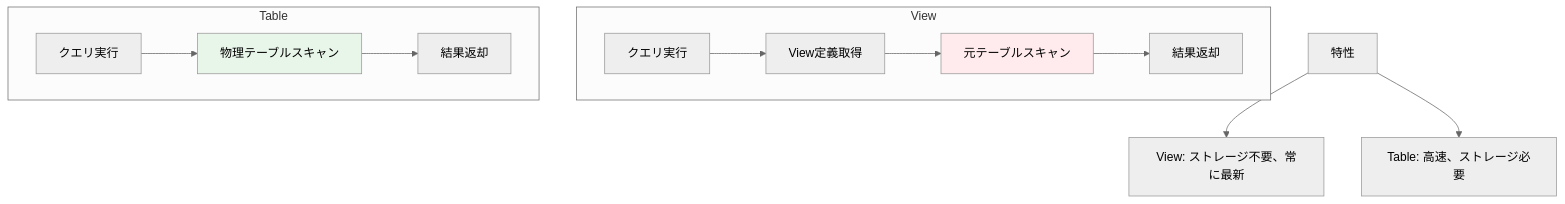
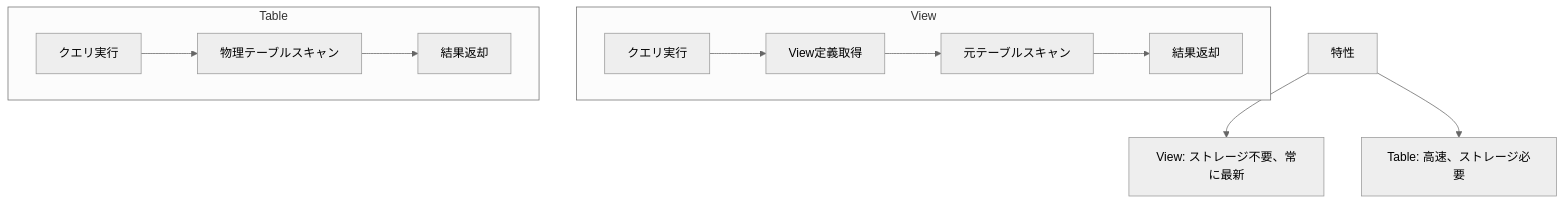
Before and after one commit to 1210yuichi0/1210yuichi0.github.io: the tenth of 12 diagrams in content/Tech/dbt/categories/performance-optimization.md, drawn with Mermaid (neutral theme). The commit also changed other lines of this file and 22 other files, not shown here.

First line of the commit message:
style: remove Mermaid style directives for dark mode compatibility

````diff
--- a/content/Tech/dbt/categories/performance-optimization.md
+++ b/content/Tech/dbt/categories/performance-optimization.md
@@ -1227,19 +1198,17 @@
 ```mermaid
 graph TB
     subgraph View
     A[クエリ実行] --> B[View定義取得]
     B --> C[元テーブルスキャン]
     C --> D[結果返却]
     end
 
     subgraph Table
     E[クエリ実行] --> F[物理テーブルスキャン]
     F --> G[結果返却]
     end
 
     H[特性] --> I[View: ストレージ不要、常に最新]
     H --> J[Table: 高速、ストレージ必要]
 
-    style C fill:#ffebee
-    style F fill:#e8f5e9
 ```
````
